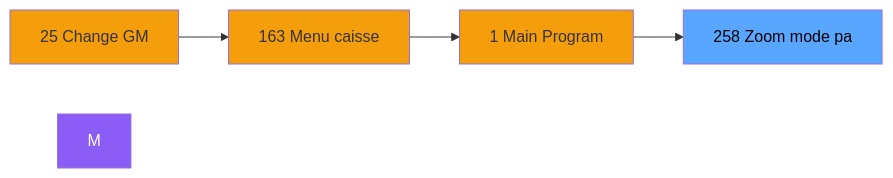
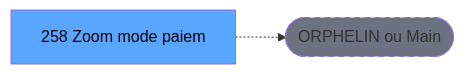
Before and after one commit to thonyAGP/lecteur-magic: the second of 3 diagrams in .openspec/renders/ADH-IDE-258.md, drawn with Mermaid. The commit also changed other lines of this file and 701 other files, not shown here.

````diff
--- a/.openspec/renders/ADH-IDE-258.md
+++ b/.openspec/renders/ADH-IDE-258.md
@@ -116,15 +117,8 @@
 ```mermaid
 graph LR
-    N25[25 Change GM]
-    N163[163 Menu caisse ]
-    N1[1 Main Program]
-    T[258 Zoom mode pa]
-    N25 --> N163
-    N163 --> N1
-    N1 --> T
-    style M fill:#8b5cf6,color:#fff
-    style N25 fill:#f59e0b
-    style N163 fill:#f59e0b
-    style N1 fill:#f59e0b
+    T[258 Zoom mode paiem]
+    ORPHAN([ORPHELIN ou Main])
+    T -.-> ORPHAN
     style T fill:#58a6ff,color:#000
+    style ORPHAN fill:#6b7280,stroke-dasharray: 5 5
 ```
````
